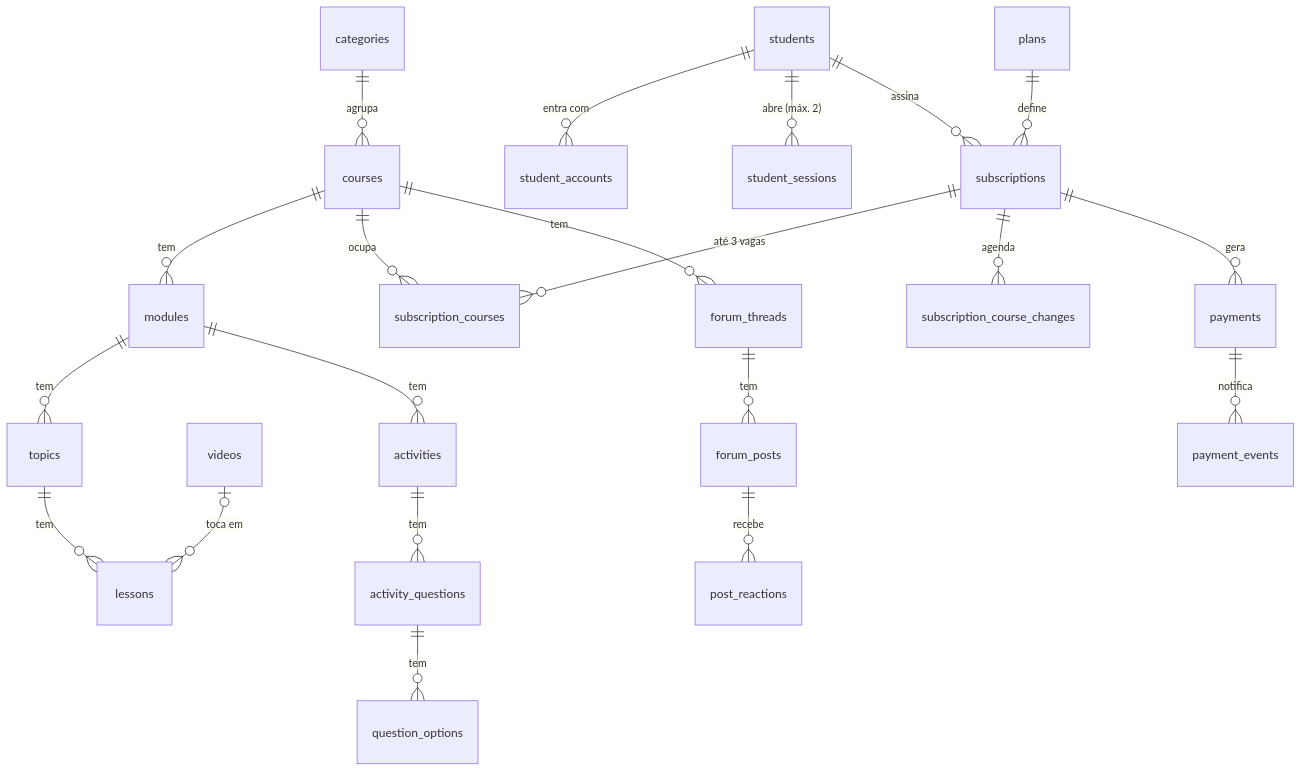
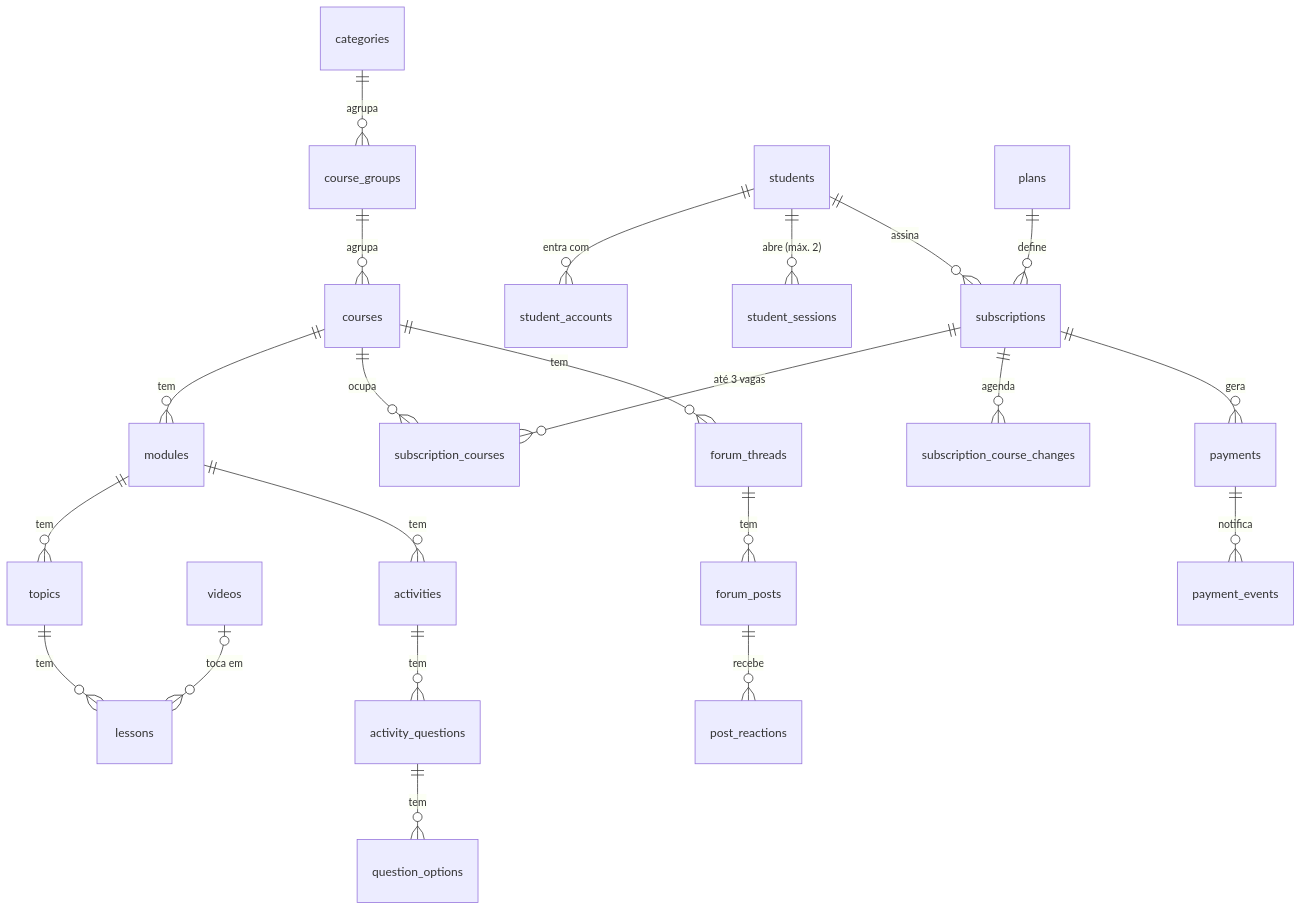
Before and after one commit to paulosoares7/paulo_soares_portifolio: the diagram in docs/04-banco-de-dados.md, drawn with Mermaid. The commit also changed other lines of this file and 40 other files, not shown here.

````diff
--- a/docs/04-banco-de-dados.md
+++ b/docs/04-banco-de-dados.md
@@ -19,23 +20,24 @@
 ```mermaid
 erDiagram
-    categories ||--o{ courses : agrupa
+    categories ||--o{ course_groups : agrupa
+    course_groups ||--o{ courses : agrupa
     courses ||--o{ modules : tem
     modules ||--o{ topics : tem
     topics ||--o{ lessons : tem
     videos |o--o{ lessons : "toca em"
     modules ||--o{ activities : tem
     activities ||--o{ activity_questions : tem
     activity_questions ||--o{ question_options : tem
     students ||--o{ student_accounts : "entra com"
     students ||--o{ student_sessions : "abre (máx. 2)"
     students ||--o{ subscriptions : assina
     plans ||--o{ subscriptions : define
     subscriptions ||--o{ subscription_courses : "até 3 vagas"
     courses ||--o{ subscription_courses : ocupa
     subscriptions ||--o{ subscription_course_changes : agenda
     subscriptions ||--o{ payments : gera
     payments ||--o{ payment_events : notifica
     courses ||--o{ forum_threads : tem
     forum_threads ||--o{ forum_posts : tem
     forum_posts ||--o{ post_reactions : recebe
 ```
````
